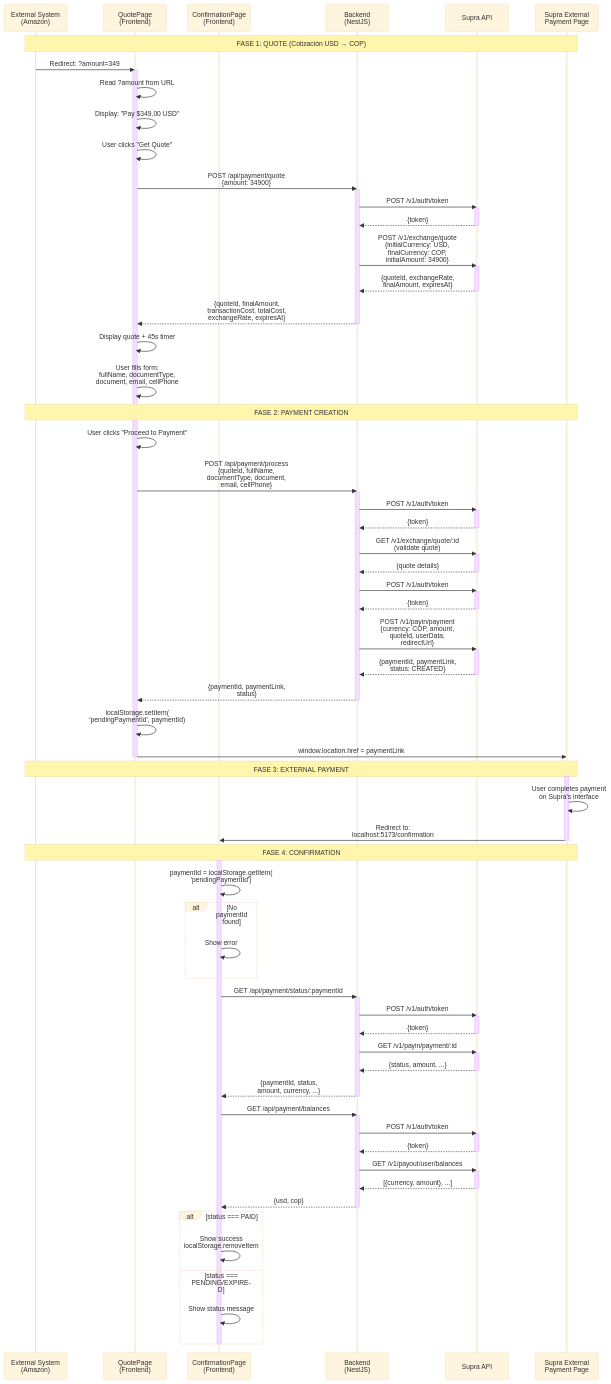
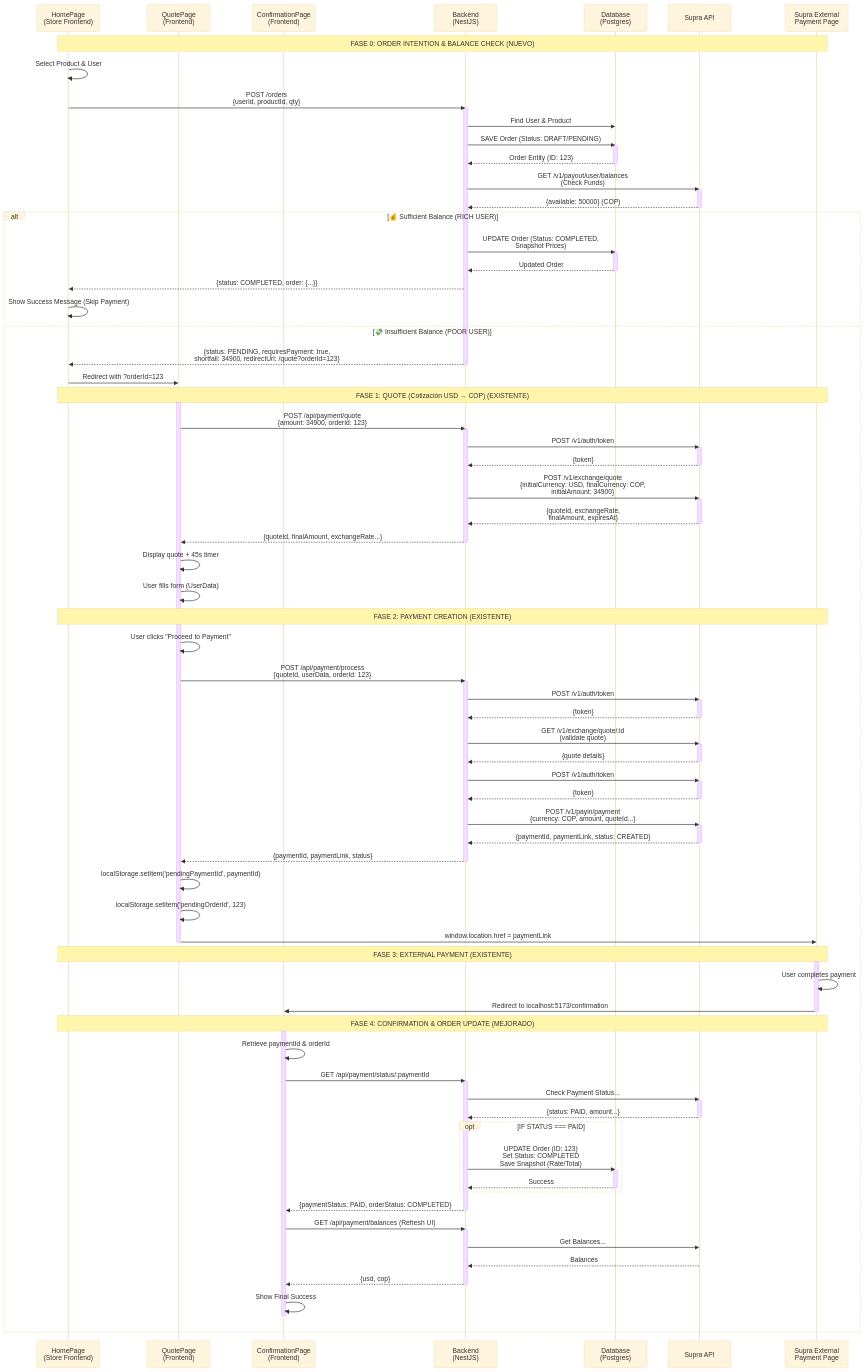
Before and after one commit to Medallion13/tht-payment-collections-portal: the diagram in README.md, drawn with Mermaid (base theme). The commit also changed 19 other files, not shown here.

````diff
--- a/README.md
+++ b/README.md
@@ -78,119 +78,138 @@
 ```mermaid
 sequenceDiagram
-    participant ES as External System<br/>(Amazon)
+    participant HP as HomePage<br/>(Store Frontend)
     participant QP as QuotePage<br/>(Frontend)
     participant CP as ConfirmationPage<br/>(Frontend)
     participant BE as Backend<br/>(NestJS)
+    participant DB as Database<br/>(Postgres)
     participant SA as Supra API
     participant SEP as Supra External<br/>Payment Page
 
-    Note over ES,SEP: FASE 1: QUOTE (Cotización USD → COP)
+    Note over HP,SEP: FASE 0: ORDER INTENTION & BALANCE CHECK (NUEVO)
 
-    ES->>QP: Redirect: ?amount=349
-    activate QP
-    QP->>QP: Read ?amount from URL
-    QP->>QP: Display: "Pay $349.00 USD"
-    QP->>QP: User clicks "Get Quote"
-
-    QP->>BE: POST /api/payment/quote<br/>{amount: 34900}
+    HP->>HP: Select Product & User
+    HP->>BE: POST /orders<br/>{userId, productId, qty}
     activate BE
 
-    BE->>SA: POST /v1/auth/token
+    BE->>DB: Find User & Product
+    BE->>DB: SAVE Order (Status: DRAFT/PENDING)
+    activate DB
+    DB-->>BE: Order Entity (ID: 123)
+    deactivate DB
+
+    BE->>SA: GET /v1/payout/user/balances<br/>(Check Funds)
     activate SA
-    SA-->>BE: {token}
+    SA-->>BE: {available: 50000} (COP)
     deactivate SA
 
-    BE->>SA: POST /v1/exchange/quote<br/>{initialCurrency: USD,<br/>finalCurrency: COP,<br/>initialAmount: 34900}
-    activate SA
-    SA-->>BE: {quoteId, exchangeRate,<br/>finalAmount, expiresAt}
-    deactivate SA
+    alt 💰 Sufficient Balance (RICH USER)
+        BE->>DB: UPDATE Order (Status: COMPLETED,<br/>Snapshot Prices)
+        activate DB
+        DB-->>BE: Updated Order
+        deactivate DB
+        BE-->>HP: {status: COMPLETED, order: {...}}
+        HP->>HP: Show Success Message (Skip Payment)
 
-    BE-->>QP: {quoteId, finalAmount,<br/>transactionCost, totalCost,<br/>exchangeRate, expiresAt}
-    deactivate BE
+    else 💸 Insufficient Balance (POOR USER)
+        BE-->>HP: {status: PENDING, requiresPayment: true,<br/>shortfall: 34900, redirectUrl: /quote?orderId=123}
+        deactivate BE
 
-    QP->>QP: Display quote + 45s timer
-    QP->>QP: User fills form:<br/>fullName, documentType,<br/>document, email, cellPhone
+        HP->>QP: Redirect with ?orderId=123
 
-    Note over ES,SEP: FASE 2: PAYMENT CREATION
+        Note over HP,SEP: FASE 1: QUOTE (Cotización USD → COP) (EXISTENTE)
 
-    QP->>QP: User clicks "Proceed to Payment"
+        activate QP
+        QP->>BE: POST /api/payment/quote<br/>{amount: 34900, orderId: 123}
+        activate BE
 
-    QP->>BE: POST /api/payment/process<br/>{quoteId, fullName,<br/>documentType, document,<br/>email, cellPhone}
-    activate BE
+        BE->>SA: POST /v1/auth/token
+        activate SA
+        SA-->>BE: {token}
+        deactivate SA
 
-    BE->>SA: POST /v1/auth/token
-    activate SA
-    SA-->>BE: {token}
-    deactivate SA
+        BE->>SA: POST /v1/exchange/quote<br/>{initialCurrency: USD, finalCurrency: COP,<br/>initialAmount: 34900}
+        activate SA
+        SA-->>BE: {quoteId, exchangeRate,<br/>finalAmount, expiresAt}
+        deactivate SA
 
-    BE->>SA: GET /v1/exchange/quote/:id<br/>(validate quote)
-    activate SA
-    SA-->>BE: {quote details}
-    deactivate SA
+        BE-->>QP: {quoteId, finalAmount, exchangeRate...}
+        deactivate BE
 
-    BE->>SA: POST /v1/auth/token
-    activate SA
-    SA-->>BE: {token}
-    deactivate SA
+        QP->>QP: Display quote + 45s timer
+        QP->>QP: User fills form (UserData)
 
-    BE->>SA: POST /v1/payin/payment<br/>{currency: COP, amount,<br/>quoteId, userData,<br/>redirectUrl}
-    activate SA
-    SA-->>BE: {paymentId, paymentLink,<br/>status: CREATED}
-    deactivate SA
+        Note over HP,SEP: FASE 2: PAYMENT CREATION (EXISTENTE)
 
-    BE-->>QP: {paymentId, paymentLink,<br/>status}
-    deactivate BE
+        QP->>QP: User clicks "Proceed to Payment"
 
-    QP->>QP: localStorage.setItem(<br/>'pendingPaymentId', paymentId)
-    QP->>SEP: window.location.href = paymentLink
-    deactivate QP
+        QP->>BE: POST /api/payment/process<br/>{quoteId, userData, orderId: 123}
+        activate BE
 
-    Note over ES,SEP: FASE 3: EXTERNAL PAYMENT
+        BE->>SA: POST /v1/auth/token
+        activate SA
+        SA-->>BE: {token}
+        deactivate SA
 
-    activate SEP
-    SEP->>SEP: User completes payment<br/>on Supra's interface
-    SEP->>CP: Redirect to:<br/>localhost:5173/confirmation
-    deactivate SEP
+        BE->>SA: GET /v1/exchange/quote/:id<br/>(validate quote)
+        activate SA
+        SA-->>BE: {quote details}
+        deactivate SA
 
-    Note over ES,SEP: FASE 4: CONFIRMATION
+        BE->>SA: POST /v1/auth/token
+        activate SA
+        SA-->>BE: {token}
+        deactivate SA
 
-    activate CP
-    CP->>CP: paymentId = localStorage.getItem(<br/>'pendingPaymentId')
+        BE->>SA: POST /v1/payin/payment<br/>{currency: COP, amount, quoteId...}
+        activate SA
+        SA-->>BE: {paymentId, paymentLink, status: CREATED}
+        deactivate SA
 
-    alt No paymentId found
-        CP->>CP: Show error
+        BE-->>QP: {paymentId, paymentLink, status}
+        deactivate BE
+
+        QP->>QP: localStorage.setItem('pendingPaymentId', paymentId)
+        QP->>QP: localStorage.setItem('pendingOrderId', 123)
+        QP->>SEP: window.location.href = paymentLink
+        deactivate QP
+
+        Note over HP,SEP: FASE 3: EXTERNAL PAYMENT (EXISTENTE)
+
+        activate SEP
+        SEP->>SEP: User completes payment
+        SEP->>CP: Redirect to localhost:5173/confirmation
+        deactivate SEP
+
+        Note over HP,SEP: FASE 4: CONFIRMATION & ORDER UPDATE (MEJORADO)
+
+        activate CP
+        CP->>CP: Retrieve paymentId & orderId
+
+        CP->>BE: GET /api/payment/status/:paymentId
+        activate BE
+        BE->>SA: Check Payment Status...
+        activate SA
+        SA-->>BE: {status: PAID, amount...}
+        deactivate SA
+
+        opt IF STATUS === PAID
+             BE->>DB: UPDATE Order (ID: 123)<br/>Set Status: COMPLETED<br/>Save Snapshot (Rate/Total)
+             activate DB
+             DB-->>BE: Success
+             deactivate DB
+        end
+
+        BE-->>CP: {paymentStatus: PAID, orderStatus: COMPLETED}
+        deactivate BE
+
+        CP->>BE: GET /api/payment/balances (Refresh UI)
+        activate BE
+        BE->>SA: Get Balances...
+        SA-->>BE: Balances
+        BE-->>CP: {usd, cop}
+        deactivate BE
+
+        CP->>CP: Show Final Success
+        deactivate CP
     end
-
-    CP->>BE: GET /api/payment/status/:paymentId
-    activate BE
-    BE->>SA: POST /v1/auth/token
-    activate SA
-    SA-->>BE: {token}
-    deactivate SA
-    BE->>SA: GET /v1/payin/payment/:id
-    activate SA
-    SA-->>BE: {status, amount, ...}
-    deactivate SA
-    BE-->>CP: {paymentId, status,<br/>amount, currency, ...}
-    deactivate BE
-
-    CP->>BE: GET /api/payment/balances
-    activate BE
-    BE->>SA: POST /v1/auth/token
-    activate SA
-    SA-->>BE: {token}
-    deactivate SA
-    BE->>SA: GET /v1/payout/user/balances
-    activate SA
-    SA-->>BE: [{currency, amount}, ...]
-    deactivate SA
-    BE-->>CP: {usd, cop}
-    deactivate BE
-
-    alt status === PAID
-        CP->>CP: Show success<br/>localStorage.removeItem
-    else status === PENDING/EXPIRED
-        CP->>CP: Show status message
-    end
-    deactivate CP
 ```
````
